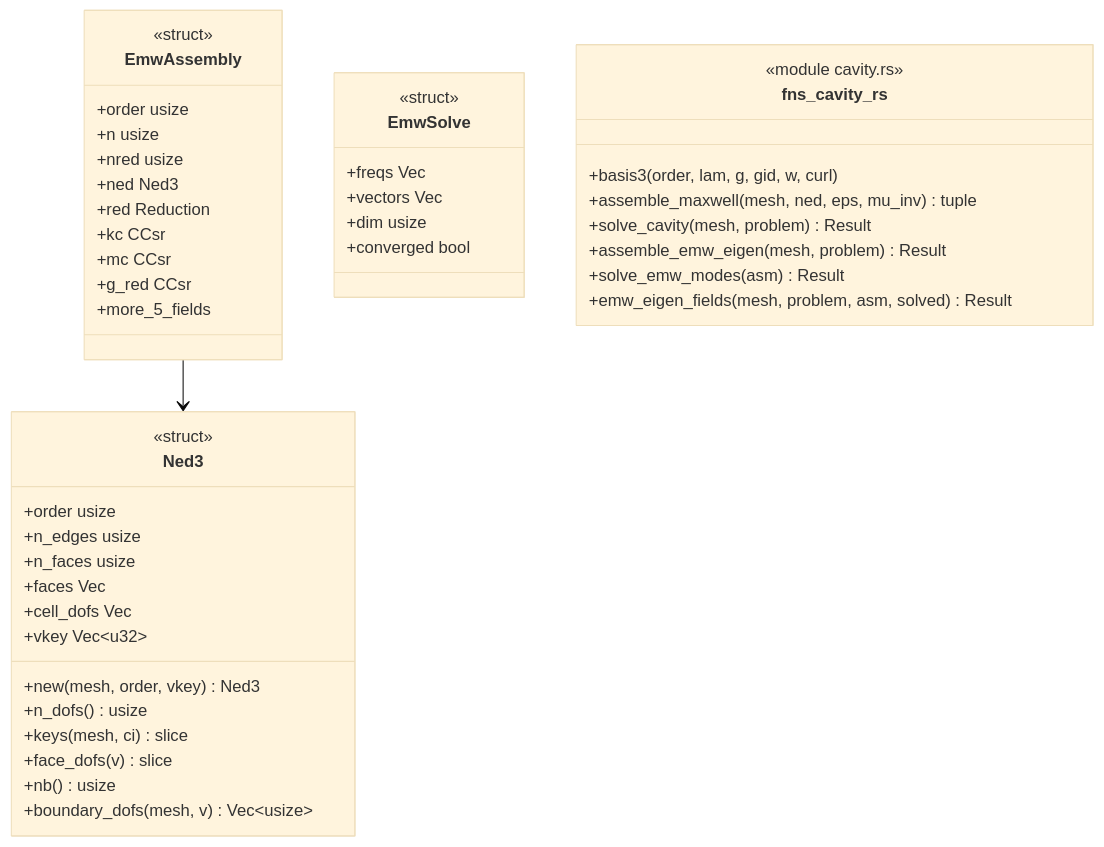
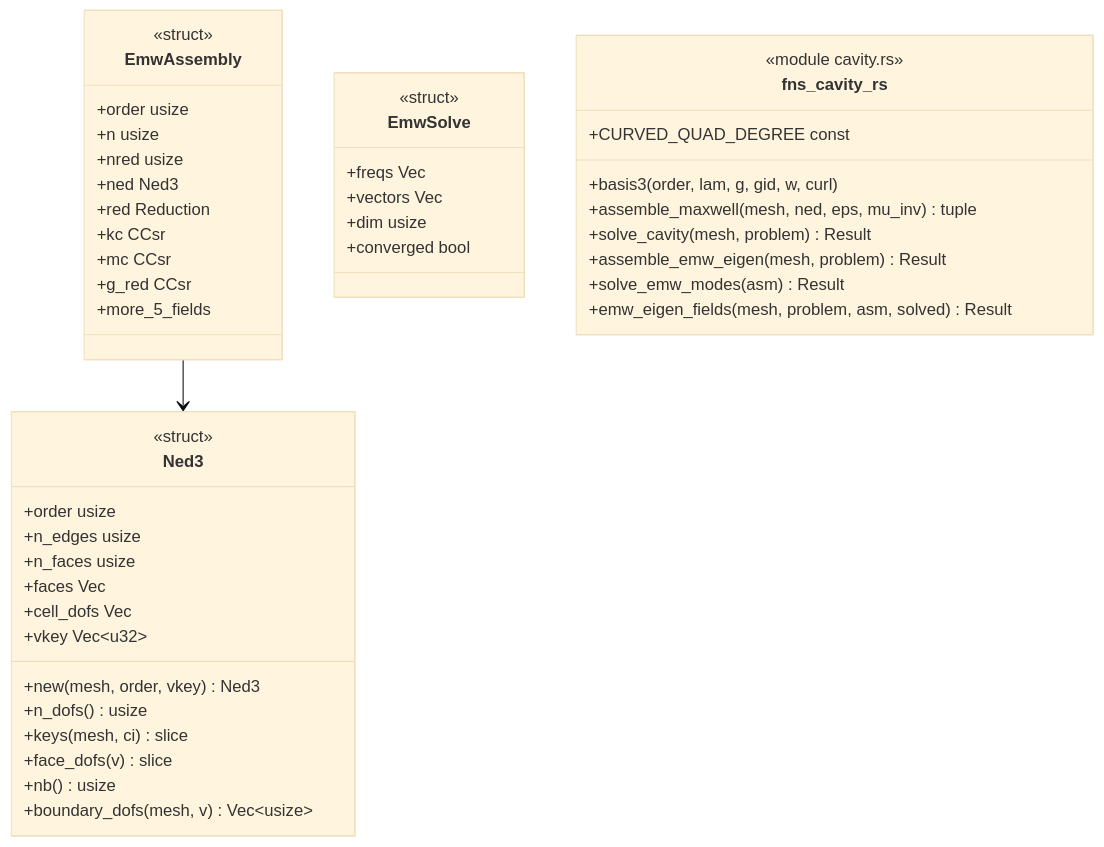
The diagram in docs/architecture/c4/4-code/ems/cavity.md (p-j-r/nyx), drawn with Mermaid (base theme) before and after one commit. The commit also changed other lines of this file and 65 other files, not shown here.

````diff
--- a/docs/architecture/c4/4-code/ems/cavity.md
+++ b/docs/architecture/c4/4-code/ems/cavity.md
@@ -35,47 +35,48 @@
 ```mermaid
 classDiagram
   class Ned3 {
       <<struct>>
       +order usize
       +n_edges usize
       +n_faces usize
       +faces Vec
       +cell_dofs Vec
       +vkey Vec~u32~
       +new(mesh, order, vkey) Ned3
       +n_dofs() usize
       +keys(mesh, ci) slice
       +face_dofs(v) slice
       +nb() usize
       +boundary_dofs(mesh, v) Vec~usize~
   }
   class EmwAssembly {
       <<struct>>
       +order usize
       +n usize
       +nred usize
       +ned Ned3
       +red Reduction
       +kc CCsr
       +mc CCsr
       +g_red CCsr
       +more_5_fields
   }
   class EmwSolve {
       <<struct>>
       +freqs Vec
       +vectors Vec
       +dim usize
       +converged bool
   }
   class fns_cavity_rs {
       <<module cavity.rs>>
       +basis3(order, lam, g, gid, w, curl)
       +assemble_maxwell(mesh, ned, eps, mu_inv) tuple
       +solve_cavity(mesh, problem) Result
       +assemble_emw_eigen(mesh, problem) Result
       +solve_emw_modes(asm) Result
       +emw_eigen_fields(mesh, problem, asm, solved) Result
+      +CURVED_QUAD_DEGREE const
   }
   EmwAssembly --> Ned3
 ```
````
